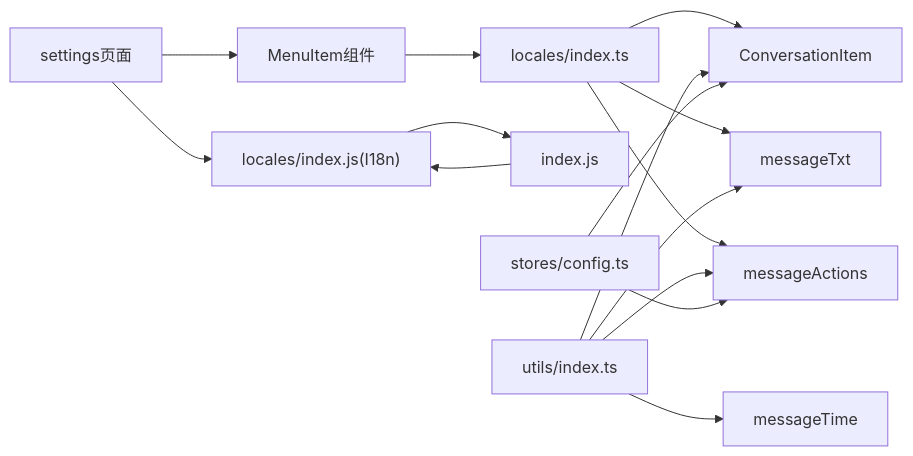
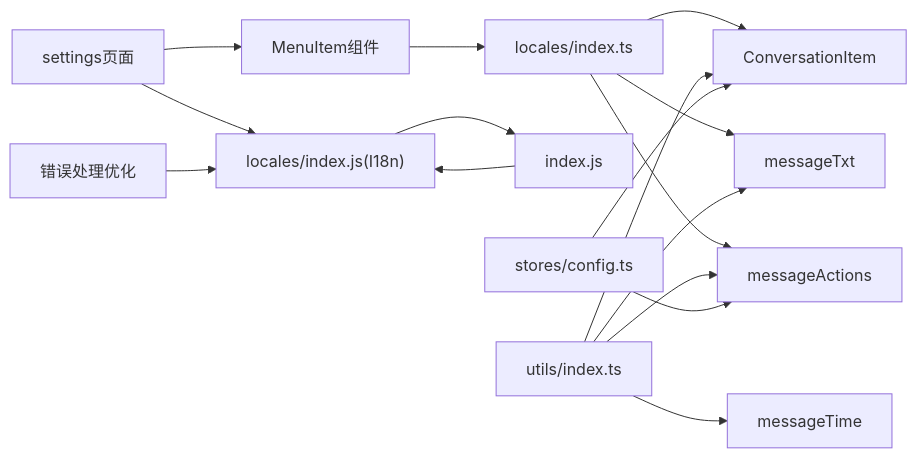
One commit to Easemob-Community/easemob-uikit-uniapp-community changed the sixth of 6 diagrams in .qoder/repowiki/zh/content/国际化系统.md. Above: the diagram before and after it, drawn with Mermaid. The commit also changed other lines of this file and 5 other files, not shown here.

````diff
--- a/.qoder/repowiki/zh/content/国际化系统.md
+++ b/.qoder/repowiki/zh/content/国际化系统.md
@@ -329,17 +357,18 @@
 ```mermaid
 graph LR
 LIdx["locales/index.ts"] --> MItem["ConversationItem"]
 LIdx --> MTxt["messageTxt"]
 LIdx --> MAct["messageActions"]
 VIdx["locales/index.js(I18n)"] --> VInit["index.js"]
 VInit --> VIdx
 UIdx["utils/index.ts"] --> MTime["messageTime"]
 UIdx --> MItem
 UIdx --> MTxt
 UIdx --> MAct
 Cfg["stores/config.ts"] --> MItem
 Cfg --> MAct
 MenuItem["MenuItem组件"] --> LIdx
 Settings["settings页面"] --> VIdx
 Settings --> MenuItem
+ErrOpt["错误处理优化"] --> VIdx
 ```
````
